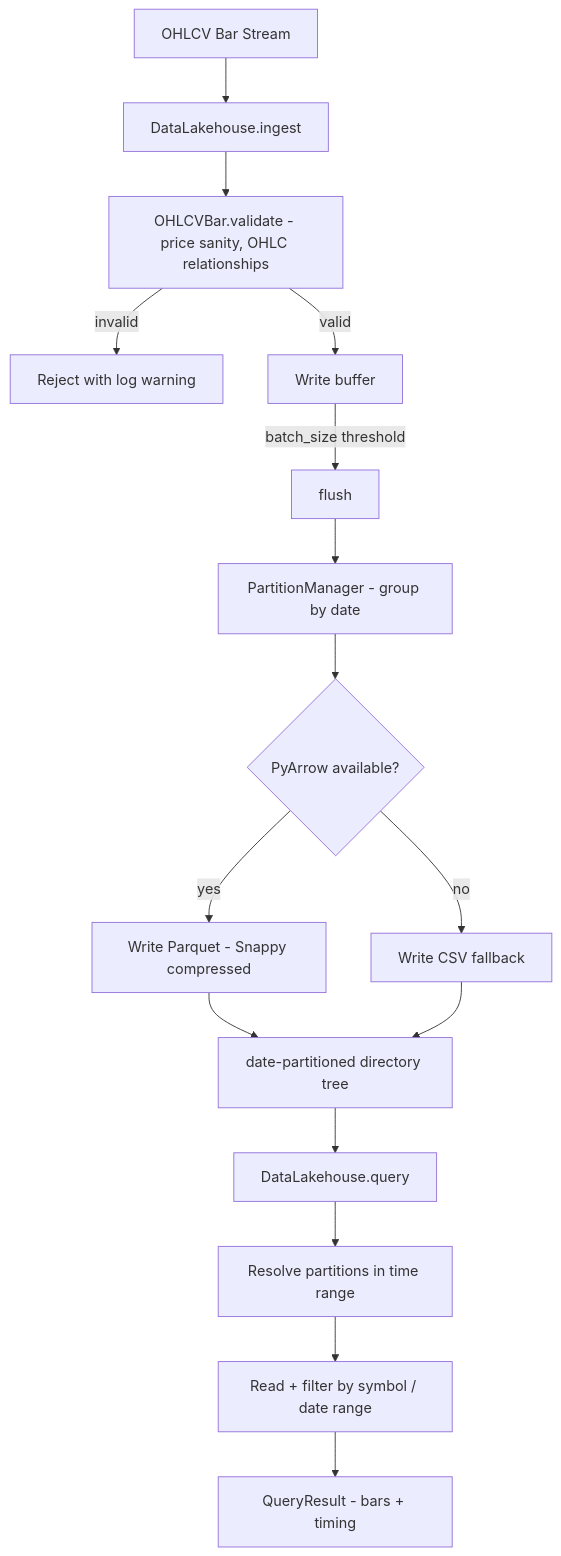
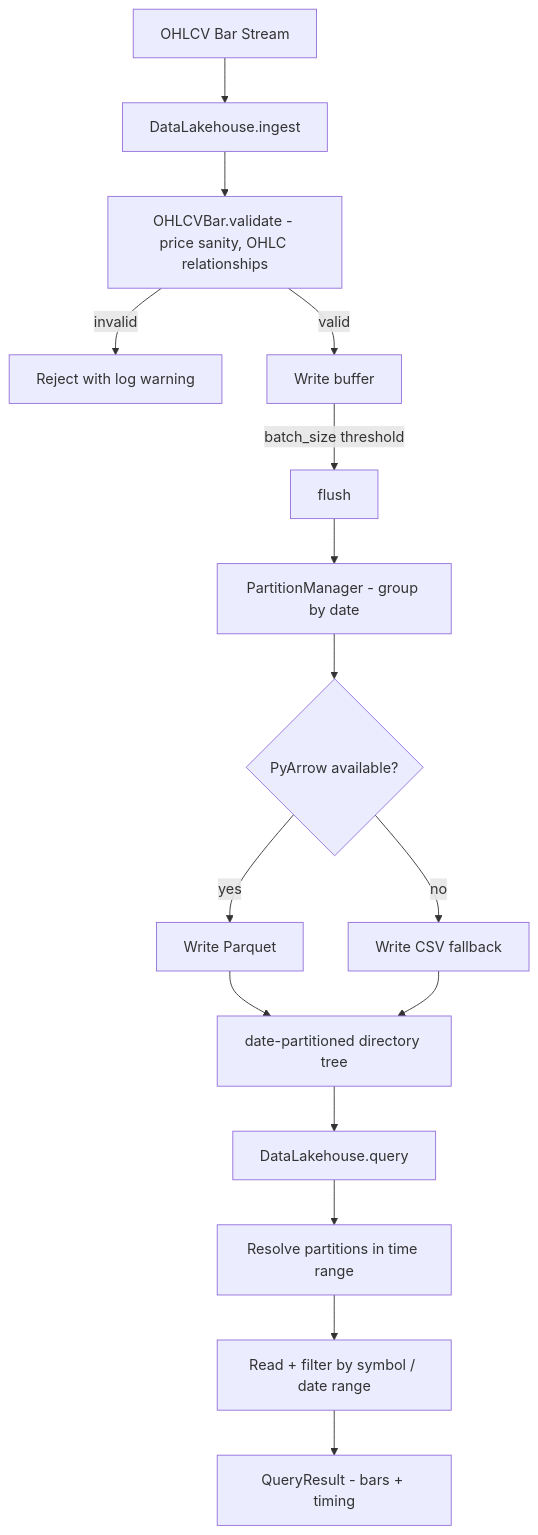
The diagram in README.md (jrajath94/market-data-lakehouse), drawn with Mermaid before and after one commit. The commit also changed other lines of this file, not shown here.

First line of the commit message:
docs: remove unimplemented DuckDB and unverified Snappy claims

````diff
--- a/README.md
+++ b/README.md
@@ -16,18 +16,18 @@
 ```mermaid
 graph TD
     A[OHLCV Bar Stream] --> B[DataLakehouse.ingest]
     B --> C[OHLCVBar.validate - price sanity, OHLC relationships]
     C -->|invalid| D[Reject with log warning]
     C -->|valid| E[Write buffer]
     E -->|batch_size threshold| F[flush]
     F --> G[PartitionManager - group by date]
     G --> H{PyArrow available?}
-    H -->|yes| I[Write Parquet - Snappy compressed]
+    H -->|yes| I[Write Parquet]
     H -->|no| J[Write CSV fallback]
     I --> K[date-partitioned directory tree]
     J --> K
     K --> L[DataLakehouse.query]
     L --> M[Resolve partitions in time range]
     M --> N[Read + filter by symbol / date range]
     N --> O[QueryResult - bars + timing]
 ```
````
